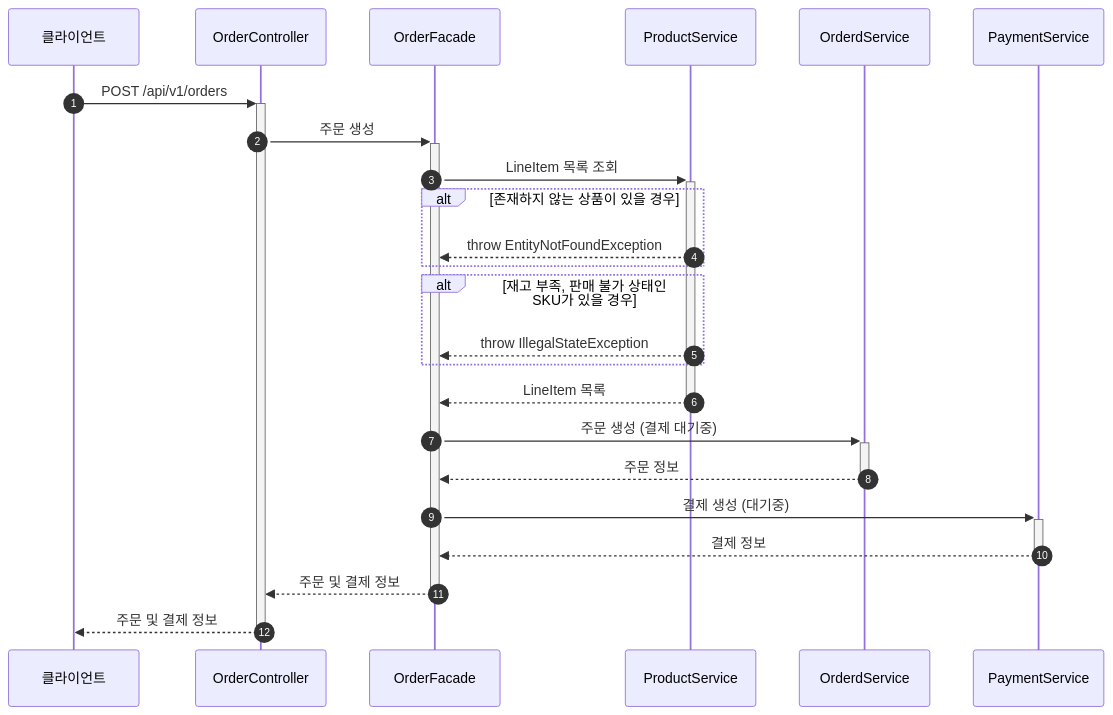
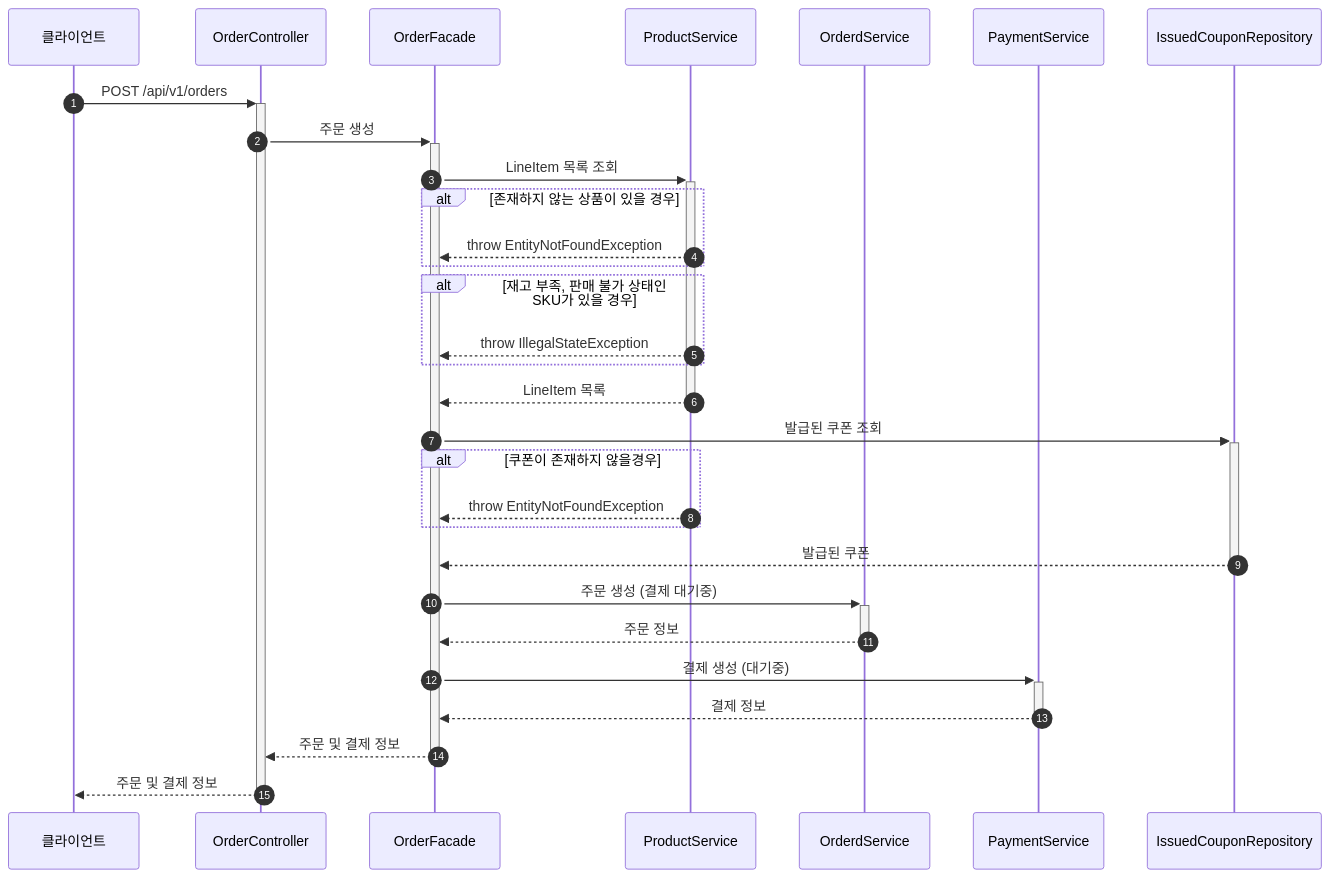
Before and after one commit to jsween5723/loopers-spring-kotlin-template: diagram 11 of 13 in docs/02-sequence-diagrams.md, drawn with Mermaid. The commit also changed other lines of this file and 3 other files, not shown here.

````diff
--- a/docs/02-sequence-diagrams.md
+++ b/docs/02-sequence-diagrams.md
@@ -204,26 +204,32 @@
 ```mermaid
 sequenceDiagram
     autonumber
     participant C as 클라이언트
     participant OC as OrderController
     participant OF as OrderFacade
     participant PRCS as ProductService
     participant OCS as OrderdService
     participant PCS as PaymentService
+    participant ICR as IssuedCouponRepository
     C ->>+ OC: POST /api/v1/orders
     OC ->>+ OF: 주문 생성
     OF ->>+ PRCS: LineItem 목록 조회
     alt 존재하지 않는 상품이 있을 경우
         PRCS -->> OF: throw EntityNotFoundException
     end
     alt 재고 부족, 판매 불가 상태인 SKU가 있을 경우 
         PRCS -->> OF: throw IllegalStateException
     end
     PRCS -->>- OF: LineItem 목록
+    OF ->>+ ICR: 발급된 쿠폰 조회
+    alt 쿠폰이 존재하지 않을경우
+        PRCS -->> OF: throw EntityNotFoundException
+    end
+    ICR -->>- OF: 발급된 쿠폰
     OF ->>+ OCS: 주문 생성 (결제 대기중)
     OCS -->>- OF: 주문 정보
     OF ->>+ PCS: 결제 생성 (대기중)
     PCS -->>- OF: 결제 정보
     OF -->>- OC: 주문 및 결제 정보
     OC -->>- C: 주문 및 결제 정보
 ```
````
